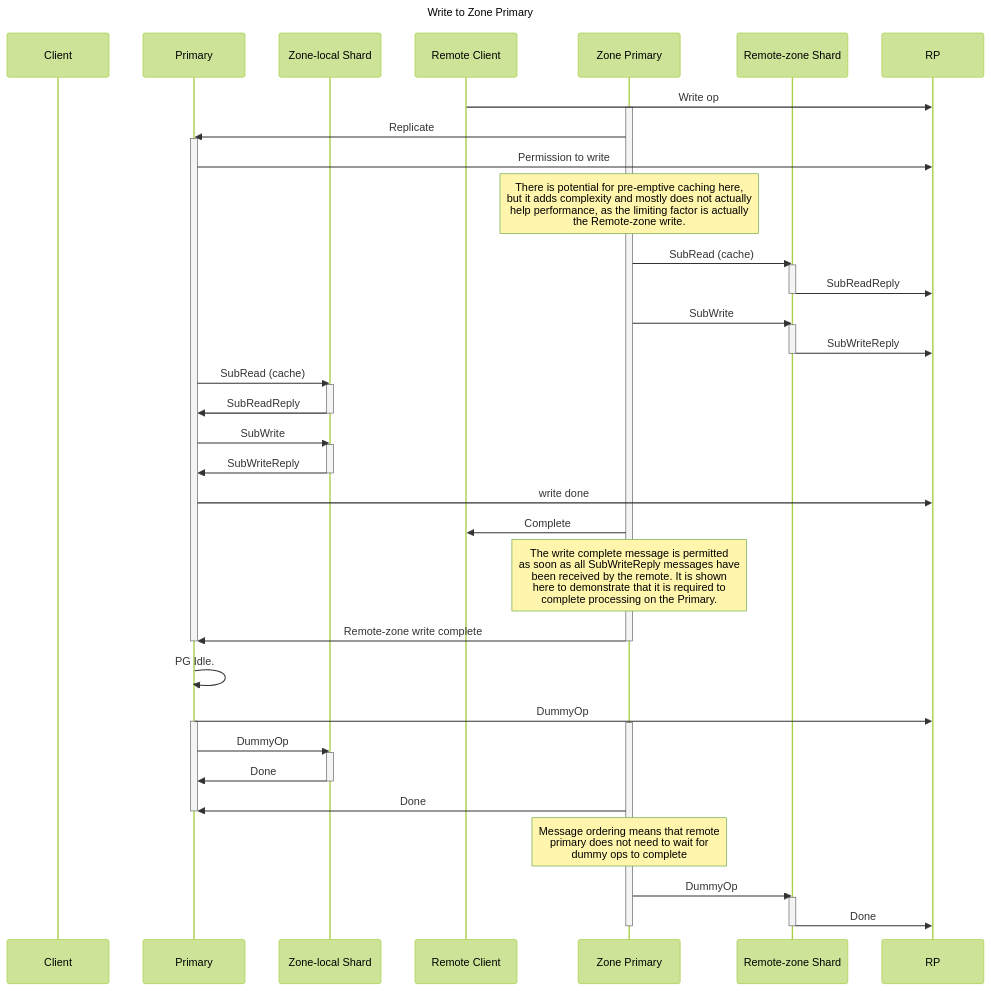
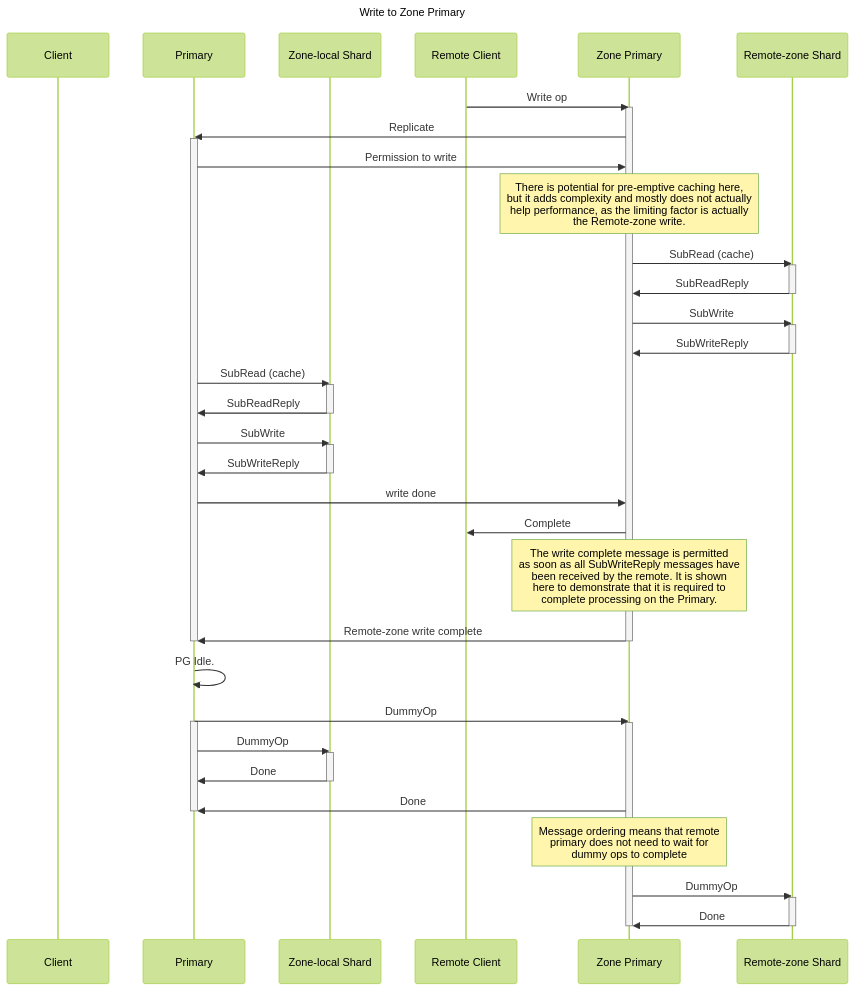
The fourth of 4 diagrams in doc/dev/osd_internals/erasure_coding/ec_stretch_cluster.rst (ceph/ceph), drawn with Mermaid (forest theme) before and after one commit. The commit also changed other lines of this file and 1 other file, not shown here.

```diff
--- a/doc/dev/osd_internals/erasure_coding/ec_stretch_cluster.rst
+++ b/doc/dev/osd_internals/erasure_coding/ec_stretch_cluster.rst
@@ -819,71 +2322,71 @@
 .. mermaid::
 
    sequenceDiagram
        title Write to Zone Primary
 
        participant C as Client
        participant P as Primary
        participant ZS as Zone-local Shard
        participant RC as Remote Client
        participant ZP as Zone Primary
        participant RS as Remote-zone Shard
 
-       RC->>RP: Write op
+       RC->>ZP: Write op
        activate ZP
 
        ZP->>P: Replicate
        activate P
-       P->>RP: Permission to write
+       P->>ZP: Permission to write
 
        note over ZP: There is potential for pre-emptive caching here,<br/>but it adds complexity and mostly does not actually<br/>help performance, as the limiting factor is actually<br/>the Remote-zone write.
 
        ZP->>RS: SubRead (cache)
        activate RS
-       RS->>RP: SubReadReply
+       RS->>ZP: SubReadReply
        deactivate RS
 
        ZP->>RS: SubWrite
        activate RS
-       RS->>RP: SubWriteReply
+       RS->>ZP: SubWriteReply
        deactivate RS
 
        P->>ZS: SubRead (cache)
        activate ZS
        ZS->>P: SubReadReply
        deactivate ZS
 
        P->>ZS: SubWrite
        activate ZS
        ZS->>P: SubWriteReply
        deactivate ZS
 
-       P->>RP: write done
+       P->>ZP: write done
        ZP->>RC: Complete
 
        note over ZP: The write complete message is permitted<br/>as soon as all SubWriteReply messages have<br/>been received by the remote. It is shown<br/>here to demonstrate that it is required to<br/>complete processing on the Primary.
 
        ZP->>P: Remote-zone write complete
        deactivate P
        deactivate ZP
 
        P->>P: PG Idle.
 
-       P->>RP: DummyOp
+       P->>ZP: DummyOp
        activate P
        activate ZP
 
        P->>ZS: DummyOp
        activate ZS
        ZS->>P: Done
        deactivate ZS
 
        ZP->>P: Done
        deactivate P
 
        note over ZP: Message ordering means that remote<br/>primary does not need to wait for<br/>dummy ops to complete
 
        ZP->>RS: DummyOp
        activate RS
-       RS->>RP: Done
+       RS->>ZP: Done
        deactivate RS
        deactivate ZP
```
